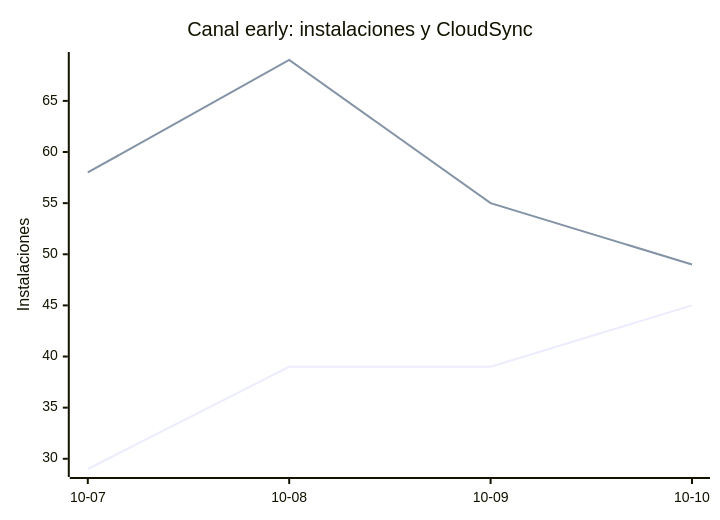
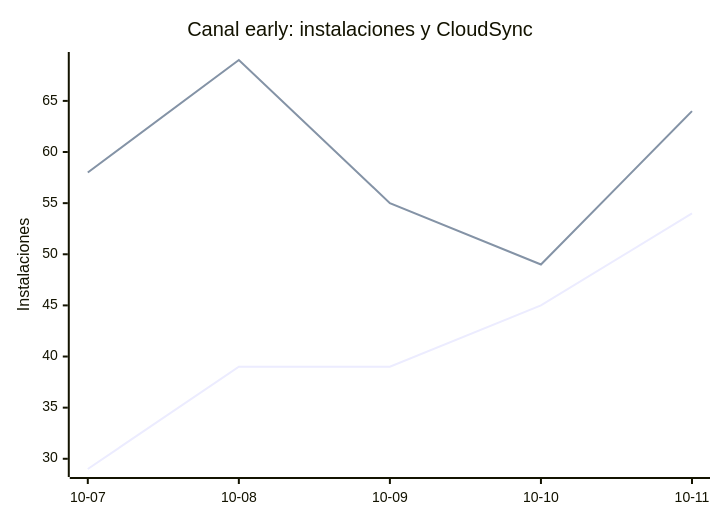
The eighth of 8 diagrams in README.md (EmuDeck/stats), drawn with Mermaid before and after one commit. The commit also changed other lines of this file and 2 other files, not shown here.

````diff
--- a/README.md
+++ b/README.md
@@ -102,8 +102,8 @@
 ```mermaid
 xychart-beta
     title "Canal early: instalaciones y CloudSync"
-    x-axis ["10-07", "10-08", "10-09", "10-10"]
+    x-axis ["10-07", "10-08", "10-09", "10-10", "10-11"]
     y-axis "Instalaciones"
-    line [29, 39, 39, 45]
-    line [58, 69, 55, 49]
+    line [29, 39, 39, 45, 54]
+    line [58, 69, 55, 49, 64]
 ```
````
